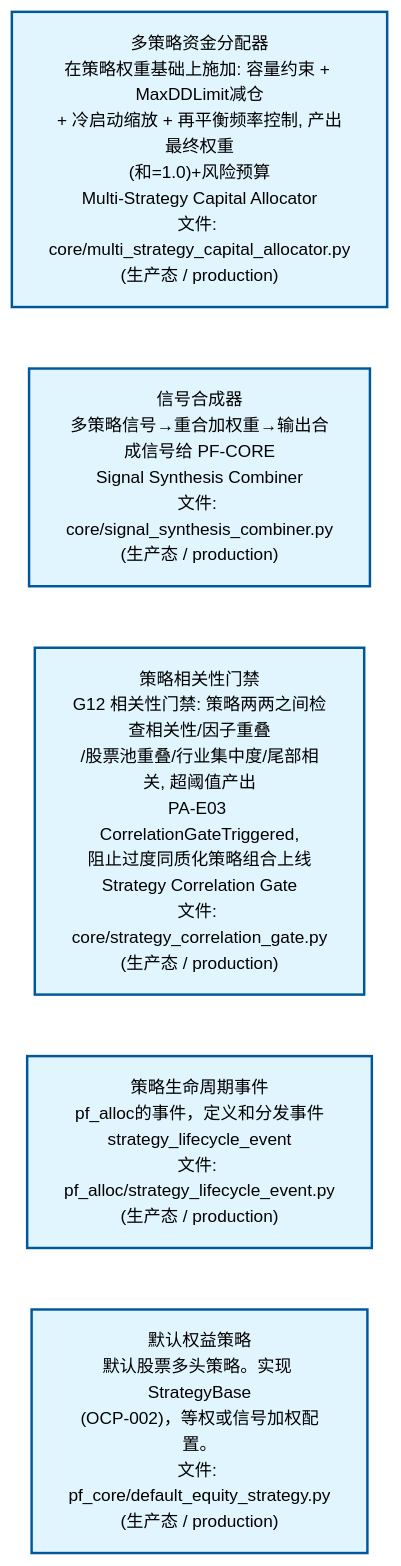
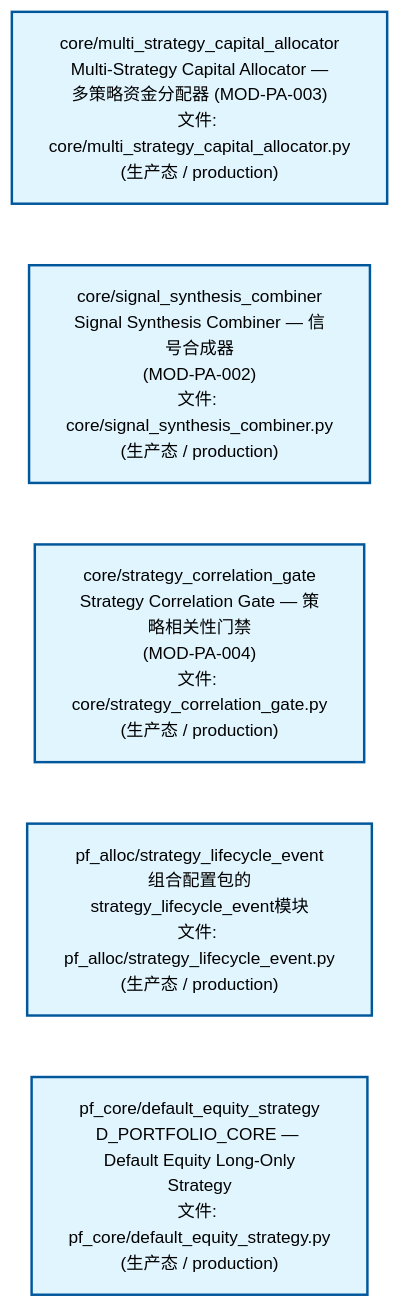
One commit to xuanFelixVan/ZephyrAlpha changed the second of 4 diagrams in docs/02_enterprise_architecture/02_domain_architecture_docs/62_d_pf_alloc.md. Above: the diagram before and after it, drawn with Mermaid. The commit also changed other lines of this file and 50 other files, not shown here.

````diff
--- a/docs/02_enterprise_architecture/02_domain_architecture_docs/62_d_pf_alloc.md
+++ b/docs/02_enterprise_architecture/02_domain_architecture_docs/62_d_pf_alloc.md
@@ -94,18 +94,18 @@
 ```mermaid
 %%{init: {'theme': 'base', 'themeVariables': {'primaryColor': '#eaeaea', 'primaryTextColor': '#333333', 'primaryBorderColor': '#666666', 'lineColor': '#666666', 'secondaryColor': '#eaeaea', 'tertiaryColor': '#eaeaea', 'fontSize': '14px'}}}%%
 flowchart TD
-    src_zephyr_pf_alloc_core_multi_strategy_capital_allocator_py["多策略资金分配器<br/>在策略权重基础上施加: 容量约束 + MaxDDLimit减仓<br/>+ 冷启动缩放 + 再平衡频率控制, 产出最终权重<br/>(和=1.0)+风险预算<br/>Multi-Strategy Capital Allocator<br/>文件: core/multi_strategy_capital_allocator.py<br/>(生产态 / production)"]
-    src_zephyr_pf_alloc_core_signal_synthesis_combiner_py["信号合成器<br/>多策略信号→重合加权重→输出合成信号给 PF-CORE<br/>Signal Synthesis Combiner<br/>文件: core/signal_synthesis_combiner.py<br/>(生产态 / production)"]
-    src_zephyr_pf_alloc_core_strategy_correlation_gate_py["策略相关性门禁<br/>G12 相关性门禁: 策略两两之间检查相关性/因子重叠<br/>/股票池重叠/行业集中度/尾部相关, 超阈值产出<br/>PA-E03 CorrelationGateTriggered,<br/>阻止过度同质化策略组合上线<br/>Strategy Correlation Gate<br/>文件: core/strategy_correlation_gate.py<br/>(生产态 / production)"]
-    src_zephyr_pf_alloc_strategy_lifecycle_event_py["策略生命周期事件<br/>pf_alloc的事件，定义和分发事件<br/>strategy_lifecycle_event<br/>文件: pf_alloc/strategy_lifecycle_event.py<br/>(生产态 / production)"]
-    src_zephyr_pf_core_default_equity_strategy_py["默认权益策略<br/>默认股票多头策略。实现 StrategyBase<br/>(OCP-002)，等权或信号加权配置。<br/>文件: pf_core/default_equity_strategy.py<br/>(生产态 / production)"]
+    src_zephyr_pf_alloc_core_multi_strategy_capital_allocator_py["core/multi_strategy_capital_allocator<br/>Multi-Strategy Capital Allocator —<br/>多策略资金分配器 (MOD-PA-003)<br/>文件: core/multi_strategy_capital_allocator.py<br/>(生产态 / production)"]
+    src_zephyr_pf_alloc_core_signal_synthesis_combiner_py["core/signal_synthesis_combiner<br/>Signal Synthesis Combiner — 信号合成器<br/>(MOD-PA-002)<br/>文件: core/signal_synthesis_combiner.py<br/>(生产态 / production)"]
+    src_zephyr_pf_alloc_core_strategy_correlation_gate_py["core/strategy_correlation_gate<br/>Strategy Correlation Gate — 策略相关性门禁<br/>(MOD-PA-004)<br/>文件: core/strategy_correlation_gate.py<br/>(生产态 / production)"]
+    src_zephyr_pf_alloc_strategy_lifecycle_event_py["pf_alloc/strategy_lifecycle_event<br/>组合配置包的strategy_lifecycle_event模块<br/>文件: pf_alloc/strategy_lifecycle_event.py<br/>(生产态 / production)"]
+    src_zephyr_pf_core_default_equity_strategy_py["pf_core/default_equity_strategy<br/>D_PORTFOLIO_CORE — Default Equity Long-Only<br/>Strategy<br/>文件: pf_core/default_equity_strategy.py<br/>(生产态 / production)"]
     src_zephyr_pf_alloc_core_multi_strategy_capital_allocator_py ~~~ src_zephyr_pf_alloc_core_signal_synthesis_combiner_py
     src_zephyr_pf_alloc_core_signal_synthesis_combiner_py ~~~ src_zephyr_pf_alloc_core_strategy_correlation_gate_py
     src_zephyr_pf_alloc_core_strategy_correlation_gate_py ~~~ src_zephyr_pf_alloc_strategy_lifecycle_event_py
     src_zephyr_pf_alloc_strategy_lifecycle_event_py ~~~ src_zephyr_pf_core_default_equity_strategy_py
     classDef production fill:#e1f5fe,stroke:#01579b,stroke-width:2px,color:#000
     classDef design fill:#fff3e0,stroke:#e65100,stroke-width:2px,color:#000,stroke-dasharray: 5 5
     classDef external_prod fill:#e8f4fd,stroke:#0277bd,stroke-width:1px,color:#000
     classDef external_design fill:#fff8e7,stroke:#ef6c00,stroke-width:1px,color:#000,stroke-dasharray: 5 5
     class src_zephyr_pf_alloc_core_multi_strategy_capital_allocator_py,src_zephyr_pf_alloc_core_signal_synthesis_combiner_py,src_zephyr_pf_alloc_core_strategy_correlation_gate_py,src_zephyr_pf_alloc_strategy_lifecycle_event_py,src_zephyr_pf_core_default_equity_strategy_py production
 ```
````
